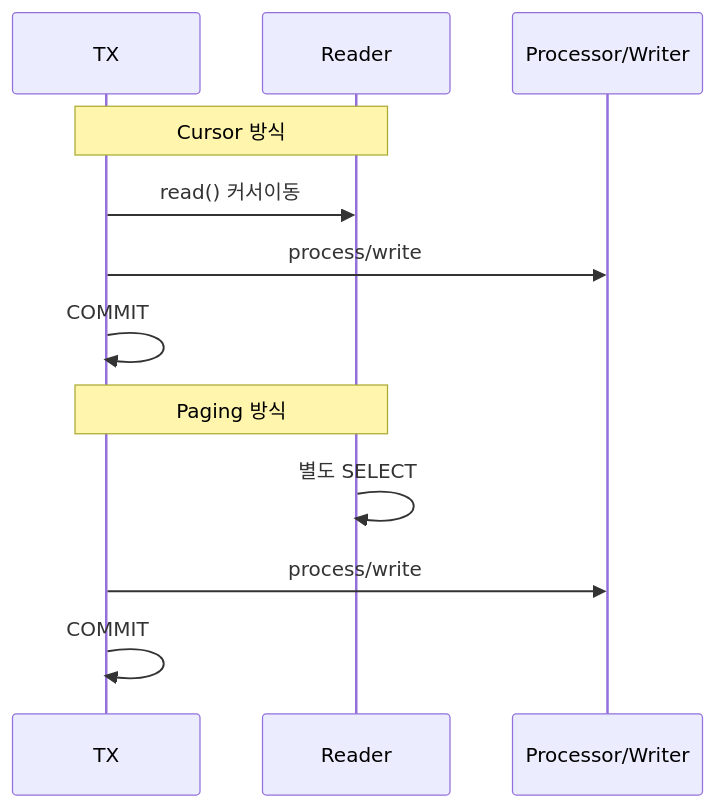
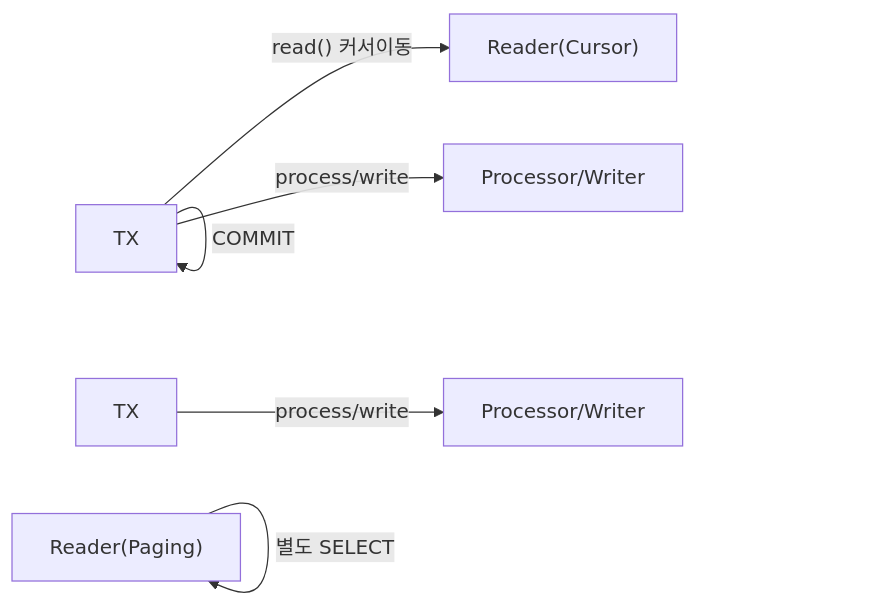
One commit to yjkim2015/yjkim2015.github.io changed the second of 6 diagrams in _posts/batch/2026-05-03-spring-batch-chunk-processing.md. Above: the diagram before and after it, drawn with Mermaid. The commit also changed 50 other files, not shown here.

First line of the commit message:
stateDiagram 11개 graph LR 변환 + 테이블 빈 셀 17개 수정

````diff
--- a/_posts/batch/2026-05-03-spring-batch-chunk-processing.md
+++ b/_posts/batch/2026-05-03-spring-batch-chunk-processing.md
@@ -81,14 +81,8 @@
 ```mermaid
-sequenceDiagram
-    participant TX as TX
-    participant CR as Reader
-    participant PW as Processor/Writer
-    Note over TX,CR: Cursor 방식
-    TX->>CR: read() 커서이동
-    TX->>PW: process/write
-    TX->>TX: COMMIT
-    Note over TX,CR: Paging 방식
-    CR->>CR: 별도 SELECT
-    TX->>PW: process/write
-    TX->>TX: COMMIT
+graph LR
+    TX["TX"] -->|"read() 커서이동"| CR["Reader(Cursor)"]
+    TX -->|"process/write"| PW["Processor/Writer"]
+    TX -->|"COMMIT"| TX
+    CR2["Reader(Paging)"] -->|"별도 SELECT"| CR2
+    TX2["TX"] -->|"process/write"| PW2["Processor/Writer"]
 ```
````
